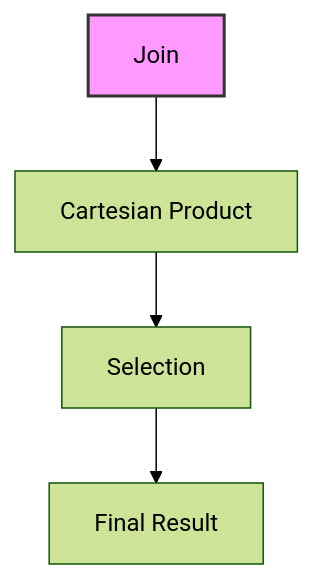
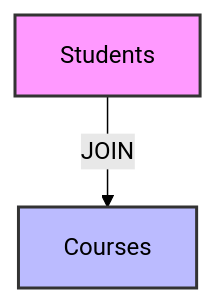
One commit to fistasolutions/learn-database-unicorndevelopers changed the diagram in 14DatabaseJoins.md. Above: the diagram before and after it, drawn with Mermaid (forest theme). The commit also changed other lines of this file and 37 other files, not shown here.

````diff
--- a/14DatabaseJoins.md
+++ b/14DatabaseJoins.md
@@ -22,7 +44,6 @@
 ```mermaid
 graph TD
-    A[Join] --> B[Cartesian Product]
-    B --> C[Selection]
-    C --> D[Final Result]
+    A[Students] -->|JOIN| B[Courses]
     style A fill:#f9f,stroke:#333,stroke-width:2px
+    style B fill:#bbf,stroke:#333,stroke-width:2px
 ```
````
